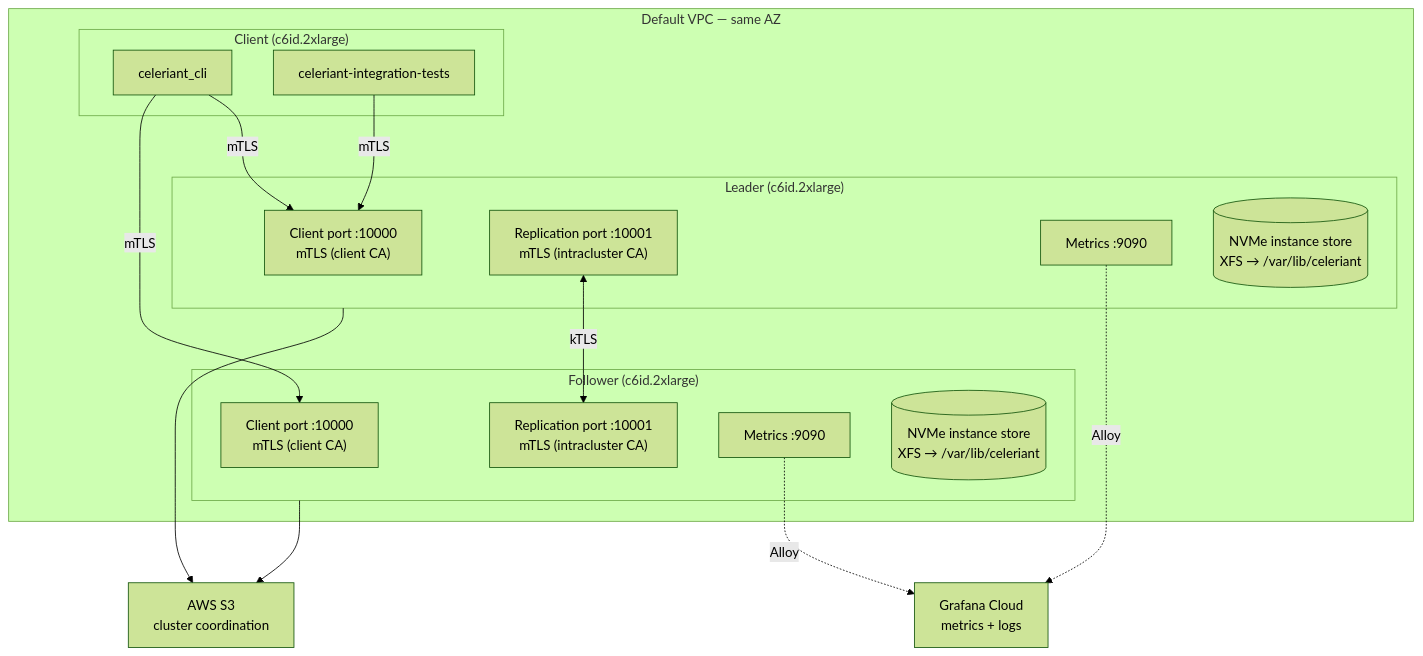
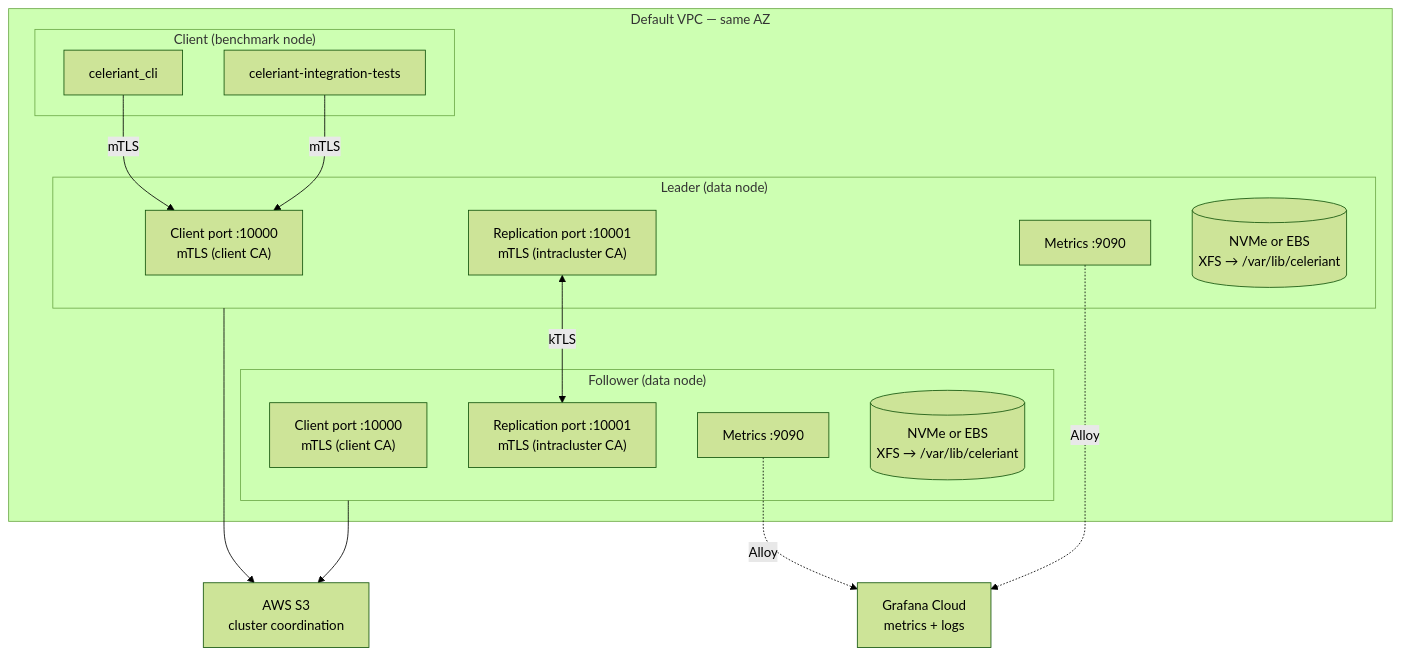
The diagram in deploy/ec2-cluster/README.md (celeriant/celeriant-db), drawn with Mermaid (forest theme) before and after one commit. The commit also changed other lines of this file and 12 other files, not shown here.

````diff
--- a/deploy/ec2-cluster/README.md
+++ b/deploy/ec2-cluster/README.md
@@ -22,36 +9,35 @@
 ```mermaid
 graph TB
     subgraph VPC["Default VPC — same AZ"]
-        subgraph Leader["Leader (c6id.2xlarge)"]
+        subgraph Leader["Leader (data node)"]
             L_CLIENT["Client port :10000<br/>mTLS (client CA)"]
             L_REPL["Replication port :10001<br/>mTLS (intracluster CA)"]
             L_METRICS["Metrics :9090"]
-            L_NVME[("NVMe instance store<br/>XFS → /var/lib/celeriant")]
+            L_STORE[("NVMe or EBS<br/>XFS → /var/lib/celeriant")]
         end
 
-        subgraph Follower["Follower (c6id.2xlarge)"]
+        subgraph Follower["Follower (data node)"]
             F_CLIENT["Client port :10000<br/>mTLS (client CA)"]
             F_REPL["Replication port :10001<br/>mTLS (intracluster CA)"]
             F_METRICS["Metrics :9090"]
-            F_NVME[("NVMe instance store<br/>XFS → /var/lib/celeriant")]
+            F_STORE[("NVMe or EBS<br/>XFS → /var/lib/celeriant")]
         end
 
-        subgraph Client["Client (c6id.2xlarge)"]
+        subgraph Client["Client (benchmark node)"]
             CLI["celeriant_cli"]
             BENCH["celeriant-integration-tests"]
         end
 
         L_REPL <-->|"kTLS"| F_REPL
         CLI -->|"mTLS"| L_CLIENT
-        CLI -->|"mTLS"| F_CLIENT
         BENCH -->|"mTLS"| L_CLIENT
     end
 
     S3["AWS S3<br/>cluster coordination"]
     GC["Grafana Cloud<br/>metrics + logs"]
 
     Leader --> S3
     Follower --> S3
     L_METRICS -.->|"Alloy"| GC
     F_METRICS -.->|"Alloy"| GC
 ```
````
